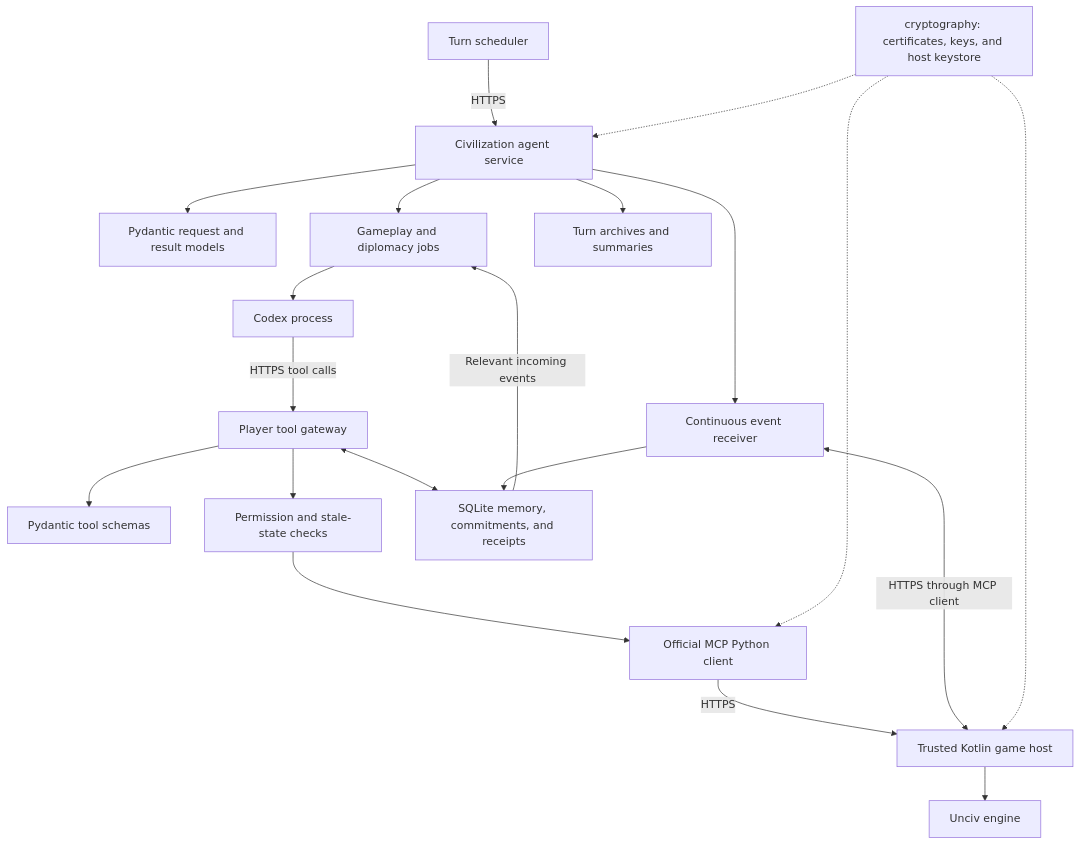
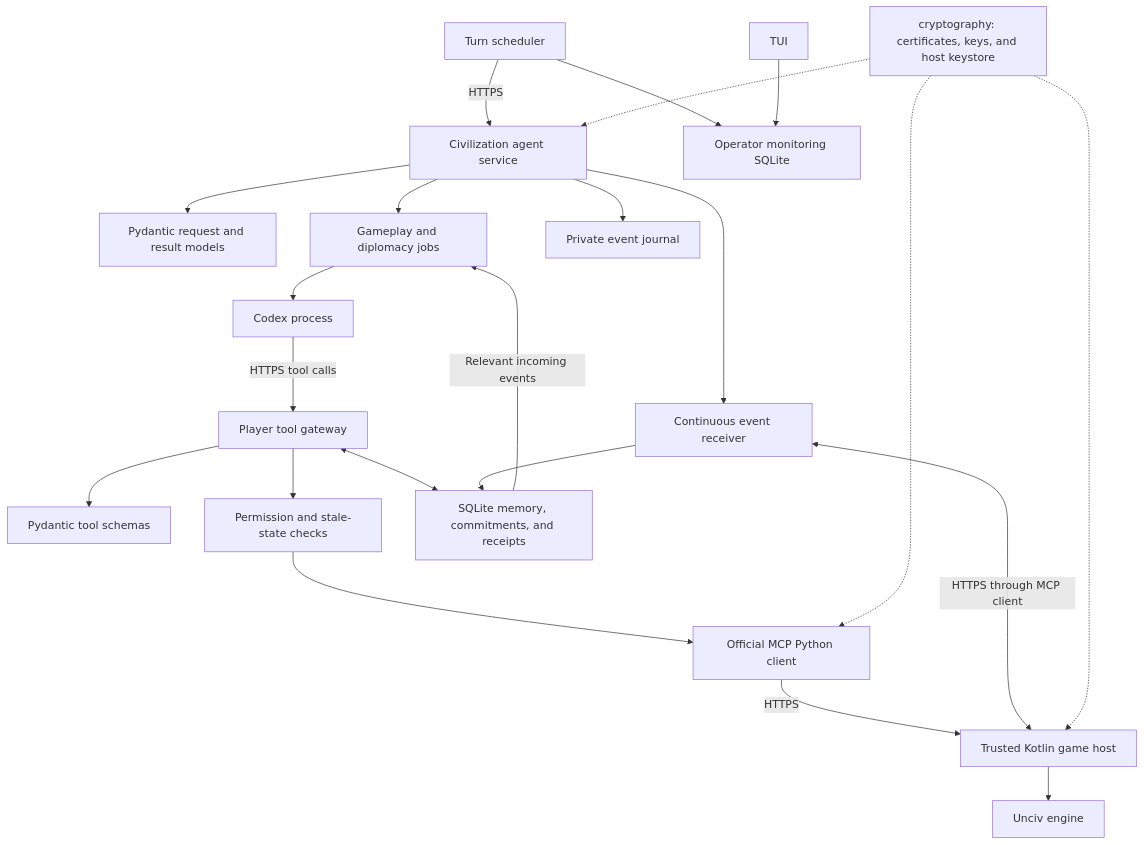
The first of 2 diagrams in docs/architecture/Python-architecture.md (varchasgopalaswamy/unciv-ai), drawn with Mermaid before and after one commit. The commit also changed other lines of this file and 275 other files, not shown here.

````diff
--- a/docs/architecture/Python-architecture.md
+++ b/docs/architecture/Python-architecture.md
@@ -7,26 +7,28 @@
 ```mermaid
 flowchart TB
     Scheduler[Turn scheduler] -->|HTTPS| Service[Civilization agent service]
     Service --> Models[Pydantic request and result models]
     Service --> Jobs[Gameplay and diplomacy jobs]
     Jobs --> Codex[Codex process]
     Codex -->|HTTPS tool calls| Gateway[Player tool gateway]
 
     Gateway --> Schemas[Pydantic tool schemas]
     Gateway --> Guards[Permission and stale-state checks]
     Guards --> SDK[Official MCP Python client]
     SDK -->|HTTPS| Host[Trusted Kotlin game host]
     Host --> Engine[Unciv engine]
 
     Gateway <--> Memory[SQLite memory, commitments, and receipts]
-    Service --> History[Turn archives and summaries]
+    Service --> History[Private event journal]
+    Scheduler --> Monitoring[Operator monitoring SQLite]
+    TUI --> Monitoring
     Service --> Mailbox[Continuous event receiver]
     Mailbox <-->|HTTPS through MCP client| Host
     Mailbox --> Memory
     Memory -->|Relevant incoming events| Jobs
 
     TLS[cryptography: certificates, keys, and host keystore]
     TLS -.-> Service
     TLS -.-> SDK
     TLS -.-> Host
 ```
````
